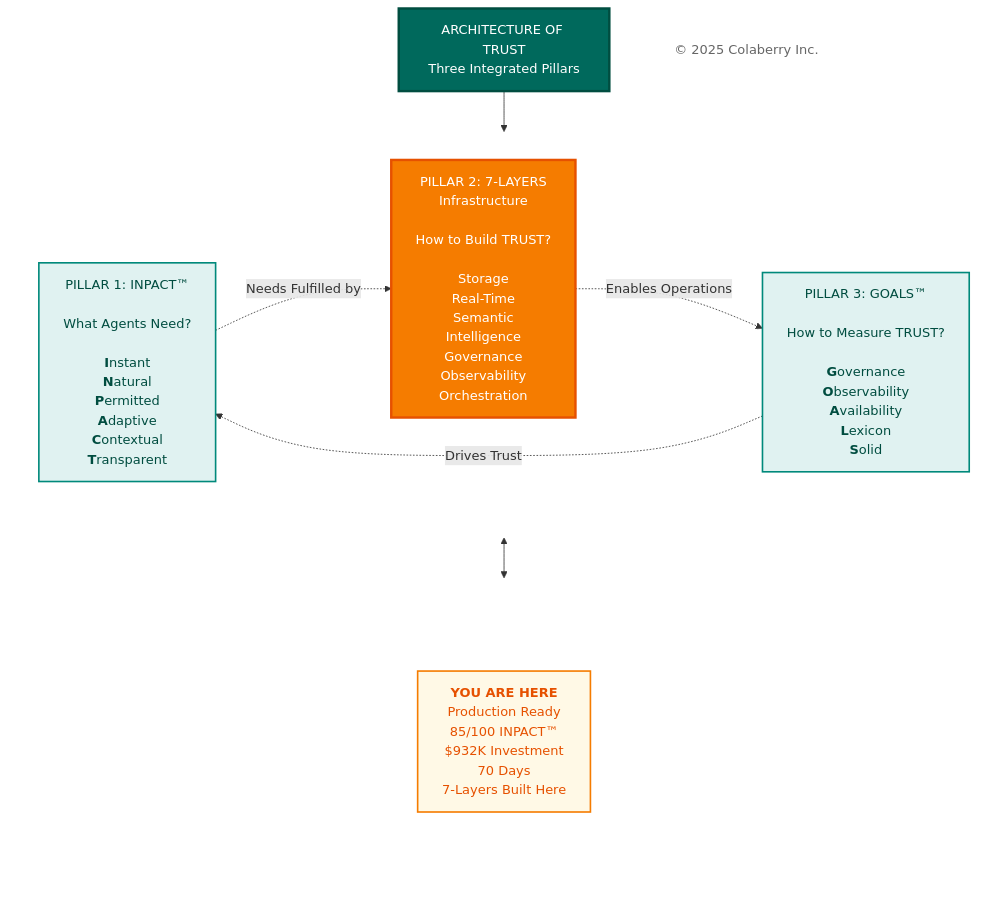
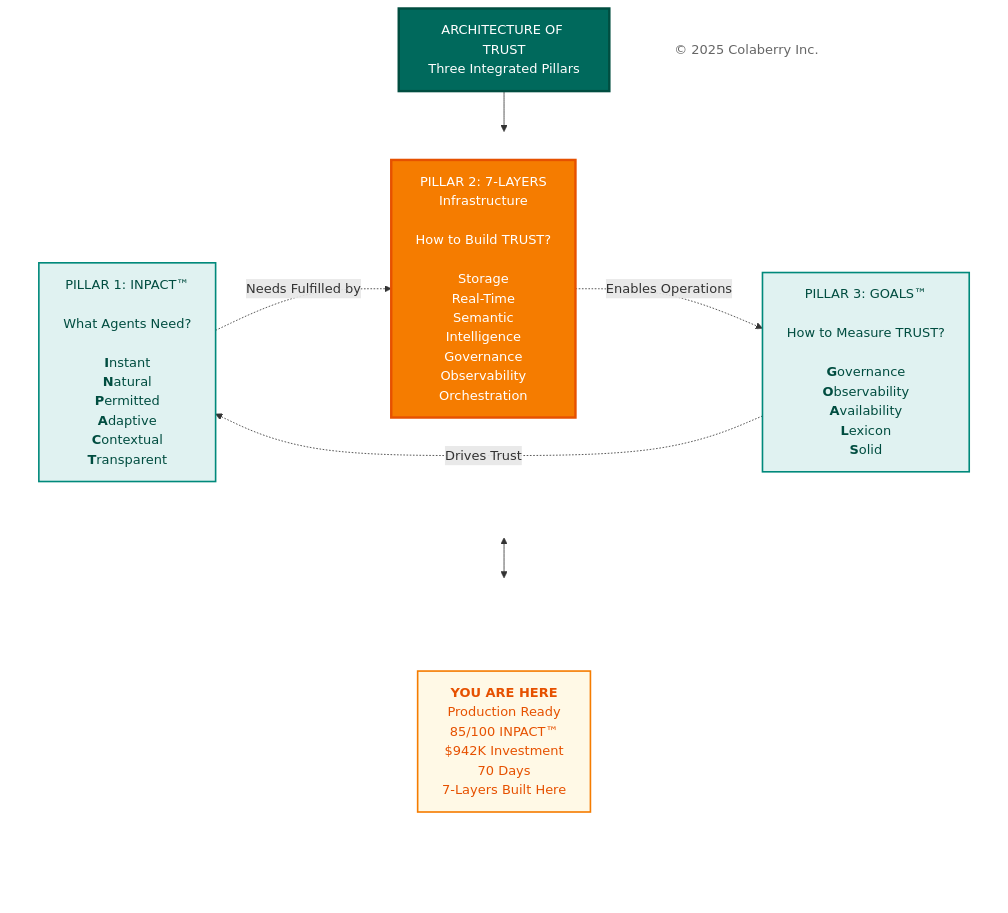
Diagram 14 of 14 in manuscript/07_chapter_6_transparency_orchestration_layers.md (saitejesh-cyber/trust-before-intelligence-book), drawn with Mermaid before and after one commit. The commit also changed other lines of this file and 3 other files, not shown here.

````diff
--- a/manuscript/07_chapter_6_transparency_orchestration_layers.md
+++ b/manuscript/07_chapter_6_transparency_orchestration_layers.md
@@ -1283,46 +1283,46 @@
 ```mermaid
 
 
 
 
 graph TB
     Title["ARCHITECTURE OF TRUST<br/>Three Integrated Pillars"]
     
     subgraph PILLARS[" "]
         direction LR
         INPACT["`PILLAR 1: INPACT™<br/><br/>What Agents Need?<br/><br/>**I**nstant<br/>**N**atural<br/>**P**ermitted<br/>**A**daptive<br/>**C**ontextual<br/>**T**ransparent`"]
         
         Layers["PILLAR 2: 7-LAYERS<br/>Infrastructure<br/><br/>How to Build TRUST?<br/><br/>Storage<br/>Real-Time<br/>Semantic<br/>Intelligence<br/>Governance<br/>Observability<br/>Orchestration"]
         
         GOALS["`PILLAR 3: GOALS™<br/><br/>How to Measure TRUST?<br/><br/>**G**overnance<br/>**O**bservability<br/>**A**vailability<br/>**L**exicon<br/>**S**olid`"]
     end
     
     subgraph INDICATOR[" "]
         direction LR
         Spacer1[" "]
-        YouAreHere["<b>YOU ARE HERE</b><br/>Production Ready<br/>85/100 INPACT™<br/>$932K Investment<br/>70 Days <br/> 7-Layers Built Here"]
+        YouAreHere["<b>YOU ARE HERE</b><br/>Production Ready<br/>85/100 INPACT™<br/>$942K Investment<br/>70 Days <br/> 7-Layers Built Here"]
         Spacer2[" "]
     end
     
     Copyright["© 2025 Colaberry Inc."]
     
     Title --> PILLARS
     PILLARS <--> INDICATOR
     
     INPACT -.->|"Needs Fulfilled by"| Layers
     Layers -.->|"Enables Operations"| GOALS
     GOALS -.->|"Drives Trust"| INPACT
 
     style Title fill:#00695c,color:#ffffff,stroke:#004d40,stroke-width:3px
     style PILLARS fill:none,stroke:none
     style INDICATOR fill:none,stroke:none
     style INPACT fill:#e0f2f1,stroke:#00897b,stroke-width:2px,color:#004d40
     style Layers fill:#f57c00,stroke:#e65100,stroke-width:3px,color:#ffffff
     style GOALS fill:#e0f2f1,stroke:#00897b,stroke-width:2px,color:#004d40
     style Spacer1 fill:none,stroke:none,color:transparent
     style YouAreHere fill:#fff9e6,stroke:#f57c00,stroke-width:2px,color:#e65100
     style Spacer2 fill:none,stroke:none,color:transparent
     style Copyright fill:#ffffff,stroke:none,color:#666666
 
 
 ```
````
